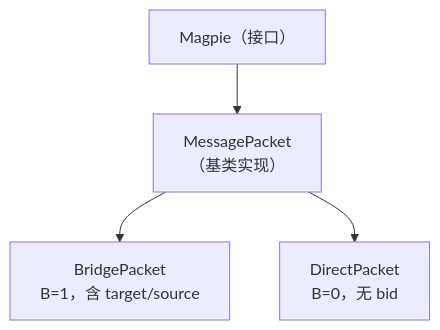
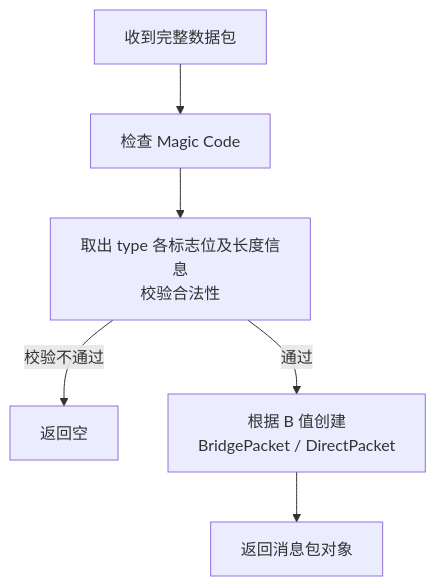
The second of 2 diagrams in docs/design-sdk.md (moky/magpie), drawn with Mermaid before and after one commit. The commit also changed other lines of this file and 7 other files, not shown here.

````diff
--- a/docs/design-sdk.md
+++ b/docs/design-sdk.md
@@ -12,6 +116,8 @@
 ```mermaid
 flowchart TD
-    Magpie["Magpie（接口）"] --> MP["MessagePacket<br/>（基类实现）"]
-    MP --> BP["BridgePacket<br/>B=1，含 target/source"]
-    MP --> DP["DirectPacket<br/>B=0，无 bid"]
+    RX[收到完整数据包] --> C1[检查 Magic Code]
+    C1 --> C2[取出 type 各标志位及长度信息<br/>校验合法性]
+    C2 -- "校验不通过" --> NIL[返回空]
+    C2 -- "通过" --> NEW["根据 B 值创建<br/>BridgePacket / DirectPacket"]
+    NEW --> RET[返回消息包对象]
 ```
````
